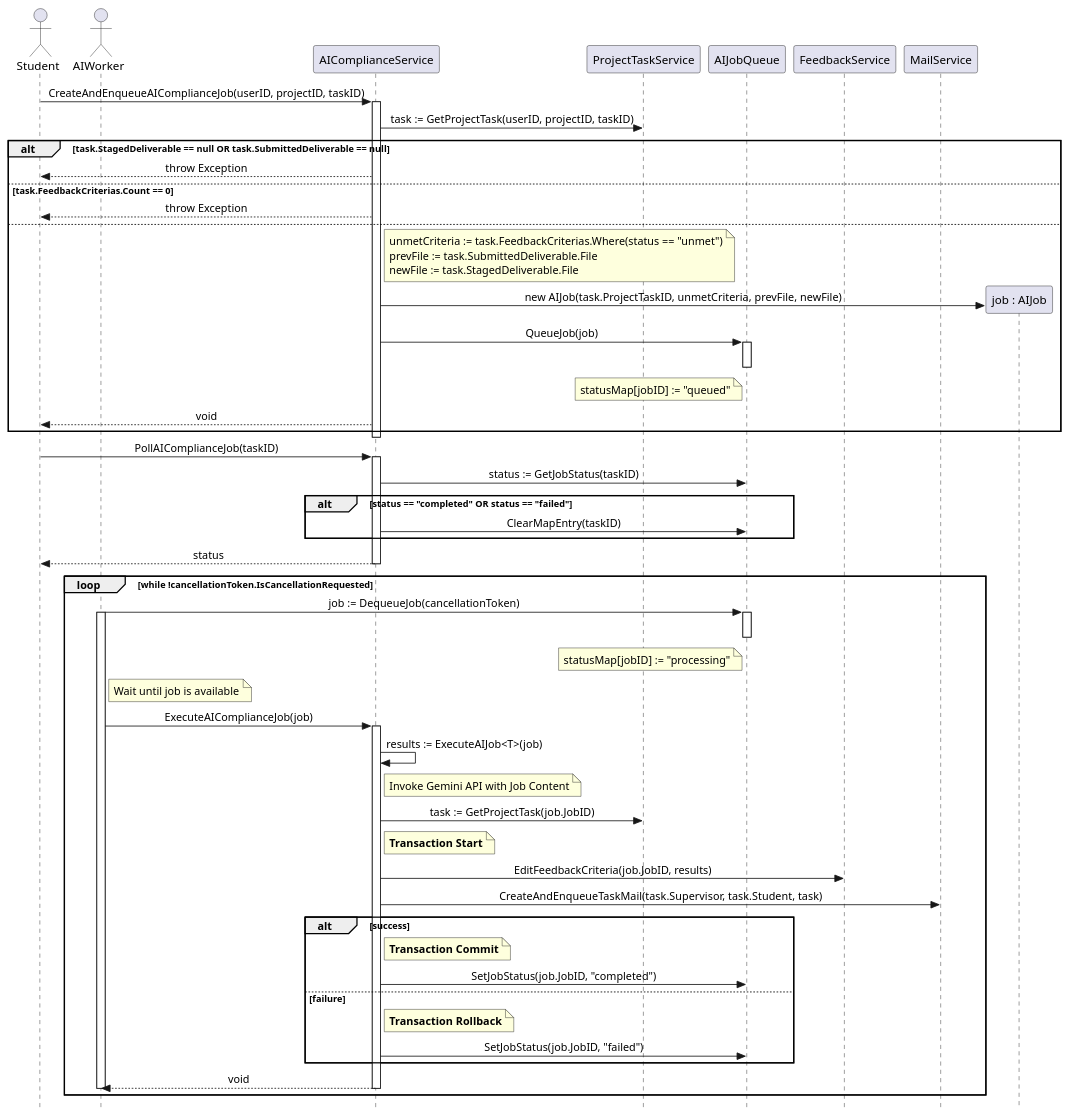
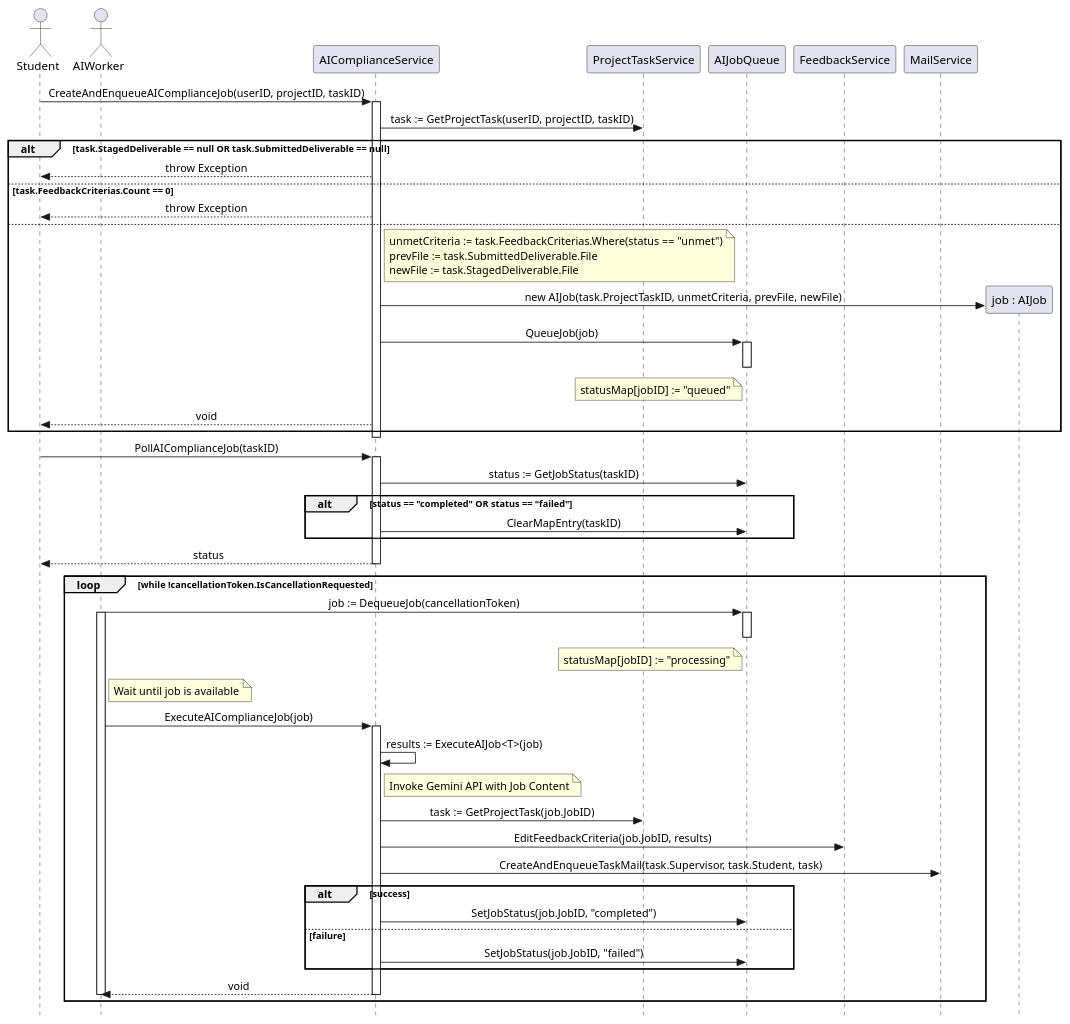
Before and after one commit to Beginner50/Dissertation: the diagram in Diagrams & Figures/Sequence Diagrams/AI Compliance.plantuml, drawn with PlantUML. The commit also changed 1 other file, not shown here.

```diff
--- a/Diagrams & Figures/Sequence Diagrams/AI Compliance.plantuml
+++ b/Diagrams & Figures/Sequence Diagrams/AI Compliance.plantuml
@@ -1,81 +1,81 @@
 @startuml
 skinparam Style strictuml
 skinparam SequenceMessageAlignment center
 
 actor Student
 actor AIWorker
 participant "AIComplianceService" as ACS
 participant "ProjectTaskService" as PTS
 participant "AIJobQueue" as Q
 participant "FeedbackService" as FS
 participant "MailService" as MS
 
 Student -> ACS : CreateAndEnqueueAIComplianceJob(userID, projectID, taskID)
 activate ACS
     ACS -> PTS : task := GetProjectTask(userID, projectID, taskID)
-    
+
     alt task.StagedDeliverable == null OR task.SubmittedDeliverable == null
         ACS --> Student : throw Exception
     else task.FeedbackCriterias.Count == 0
         ACS --> Student : throw Exception
     else
         note right of ACS
             unmetCriteria := task.FeedbackCriterias.Where(status == "unmet")
             prevFile := task.SubmittedDeliverable.File
             newFile := task.StagedDeliverable.File
         end note
-        
+
         create participant "job : AIJob" as J
         ACS -> J : new AIJob(task.ProjectTaskID, unmetCriteria, prevFile, newFile)
-        
+
         ACS -> Q : QueueJob(job)
         activate Q
             note left of Q : statusMap[jobID] := "queued"
         deactivate Q
         ACS --> Student : void
     end
 deactivate ACS
 
 Student -> ACS : PollAIComplianceJob(taskID)
 activate ACS
     ACS -> Q : status := GetJobStatus(taskID)
-    
+
     alt status == "completed" OR status == "failed"
         ACS -> Q : ClearMapEntry(taskID)
     end
     ACS --> Student : status
 deactivate ACS
 
 loop while !cancellationToken.IsCancellationRequested
     AIWorker -> Q : job := DequeueJob(cancellationToken)
     activate AIWorker
     activate Q
         note left of Q : statusMap[jobID] := "processing"
     deactivate Q
 
     note right of AIWorker : Wait until job is available
-    
+
     AIWorker -> ACS : ExecuteAIComplianceJob(job)
     activate ACS
         ACS -> ACS : results := ExecuteAIJob<T>(job)
         note right of ACS : Invoke Gemini API with Job Content
-        
+
         ACS -> PTS : task := GetProjectTask(job.JobID)
-        
-        note right of ACS : **Transaction Start**
+
+        ' Transaction notes removed
         ACS -> FS : EditFeedbackCriteria(job.JobID, results)
         ACS -> MS : CreateAndEnqueueTaskMail(task.Supervisor, task.Student, task)
-        
+
         alt success
-            note right of ACS : **Transaction Commit**
+            ' Transaction Commit note removed
             ACS -> Q : SetJobStatus(job.JobID, "completed")
         else failure
-            note right of ACS : **Transaction Rollback**
+            ' Transaction Rollback note removed
             ACS -> Q : SetJobStatus(job.JobID, "failed")
         end
         ACS --> AIWorker : void
     deactivate ACS
     deactivate AIWorker
 end
 
 @enduml
```
